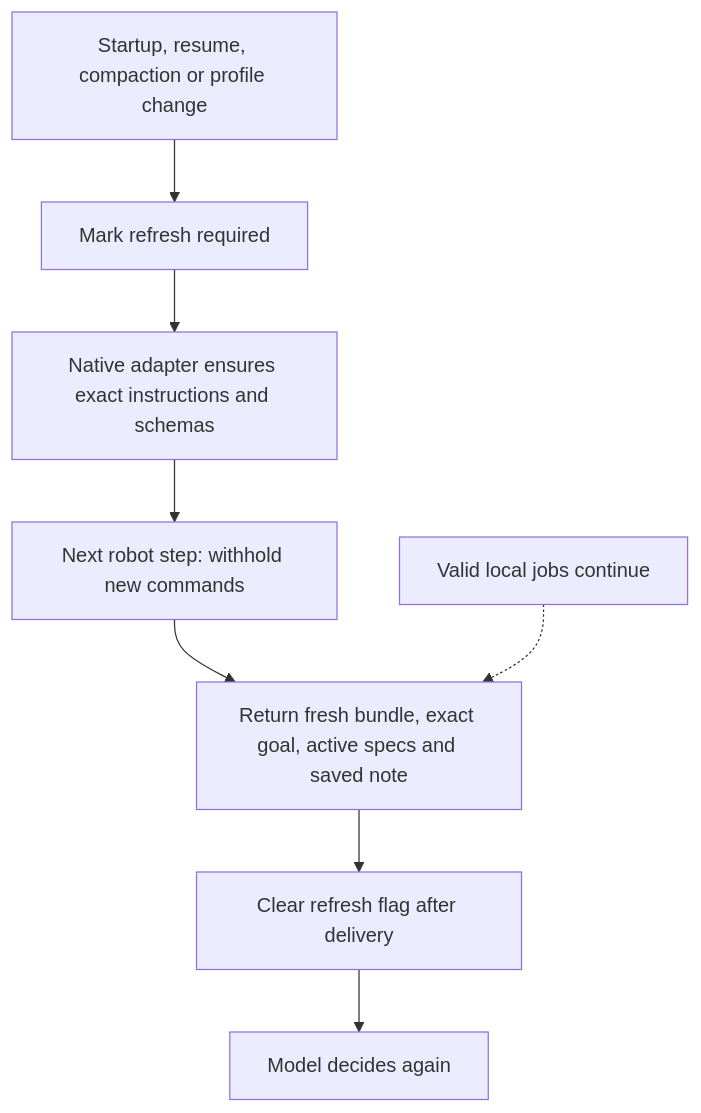
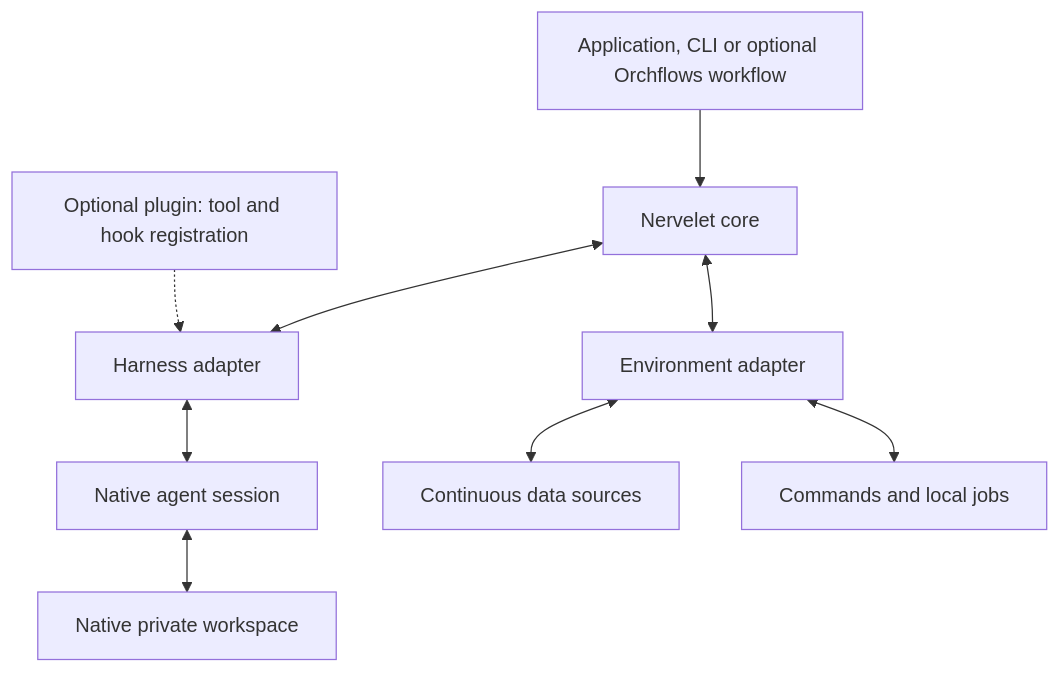
The first of 2 diagrams in DESIGN.md (DanMcInerney/nervelet), drawn with Mermaid before and after one commit. The commit also changed other lines of this file and 6 other files, not shown here.

Commit message:
Generalize Nervelet around harness and environment adapters

````diff
--- a/DESIGN.md
+++ b/DESIGN.md
@@ -155,10 +15,11 @@
 ```mermaid
 flowchart TD
-    A["Startup, resume, compaction or profile change"] --> B["Mark refresh required"]
-    B --> C["Native adapter ensures exact instructions and schemas"]
-    C --> D["Next robot step: withhold new commands"]
-    D --> E["Return fresh bundle, exact goal, active specs and saved note"]
-    E --> F["Clear refresh flag after delivery"]
-    F --> G["Model decides again"]
-    H["Valid local jobs continue"] -.-> E
+    O["Application, CLI or optional Orchflows workflow"] --> C["Nervelet core"]
+    C <--> H["Harness adapter"]
+    H <--> A["Native agent session"]
+    A <--> W["Native private workspace"]
+    C <--> E["Environment adapter"]
+    E <--> S["Continuous data sources"]
+    E <--> J["Commands and local jobs"]
+    P["Optional plugin: tool and hook registration"] -.-> H
 ```
````
